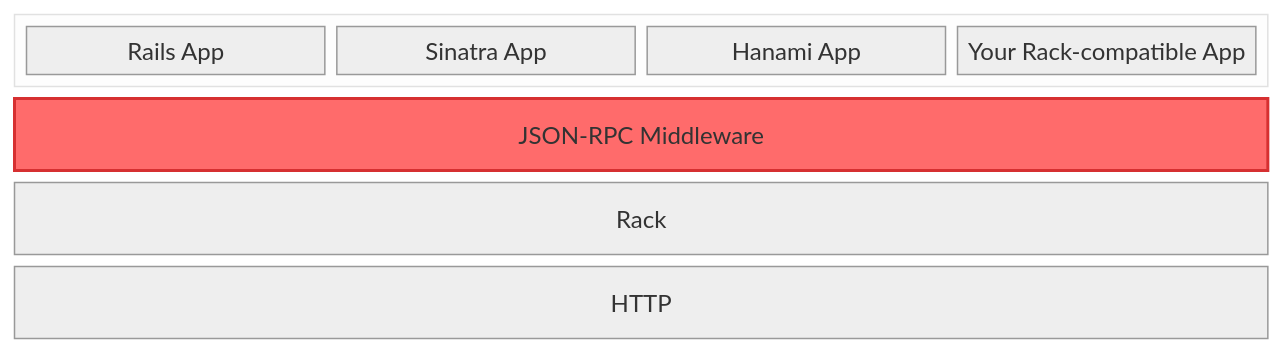
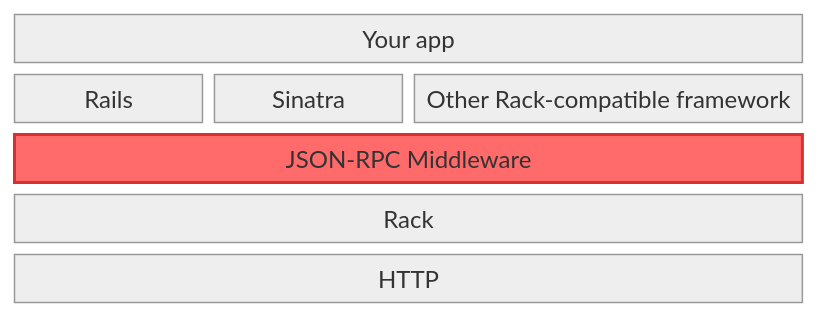
The diagram in README.md (wilsonsilva/jsonrpc-middleware), drawn with Mermaid (neutral theme) before and after one commit.

Commit message:
Improve the architecture diagram

````diff
--- a/README.md
+++ b/README.md
@@ -50,16 +50,13 @@
 ```mermaid
 block-beta
   columns 4
 
-  block:AppFrameworks:4
-    columns 4
-    Rails["Rails App"] Sinatra["Sinatra App"] Hanami["Hanami App"] RackApp["Your Rack-compatible App"]
-  end
-
+  App["Your app"]:4
+  Rails:1 Sinatra:1 RackApp["Other Rack-compatible framework"]:2
   Middleware["JSON-RPC Middleware"]:4
   Rack["Rack"]:4
   HTTP["HTTP"]:4
 
   classDef middlewareStyle fill:#ff6b6b,stroke:#d63031,stroke-width:2px,color:#fff
   class Middleware middlewareStyle
 ```
````
